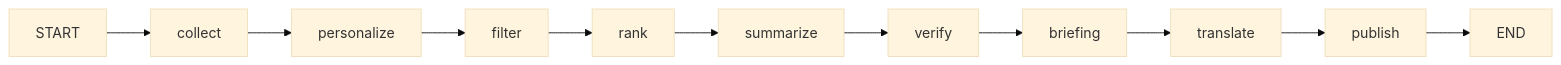
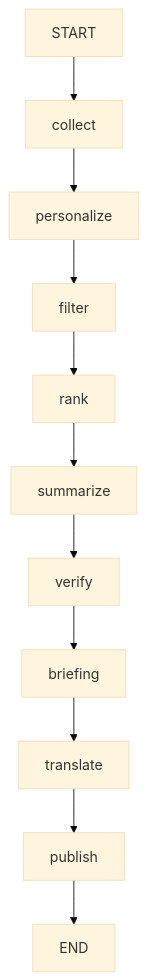
One commit to chictimin/questail-postie changed the third of 5 diagrams in REPORT.md. Above: the diagram before and after it, drawn with Mermaid (base theme). The commit also changed other lines of this file and 5 other files, not shown here.

````diff
--- a/REPORT.md
+++ b/REPORT.md
@@ -140,4 +184,4 @@
 ```mermaid
-graph LR
+graph TB
     START --> collect --> personalize --> filter --> rank --> summarize --> verify --> briefing --> translate --> publish --> END
 ```
````
